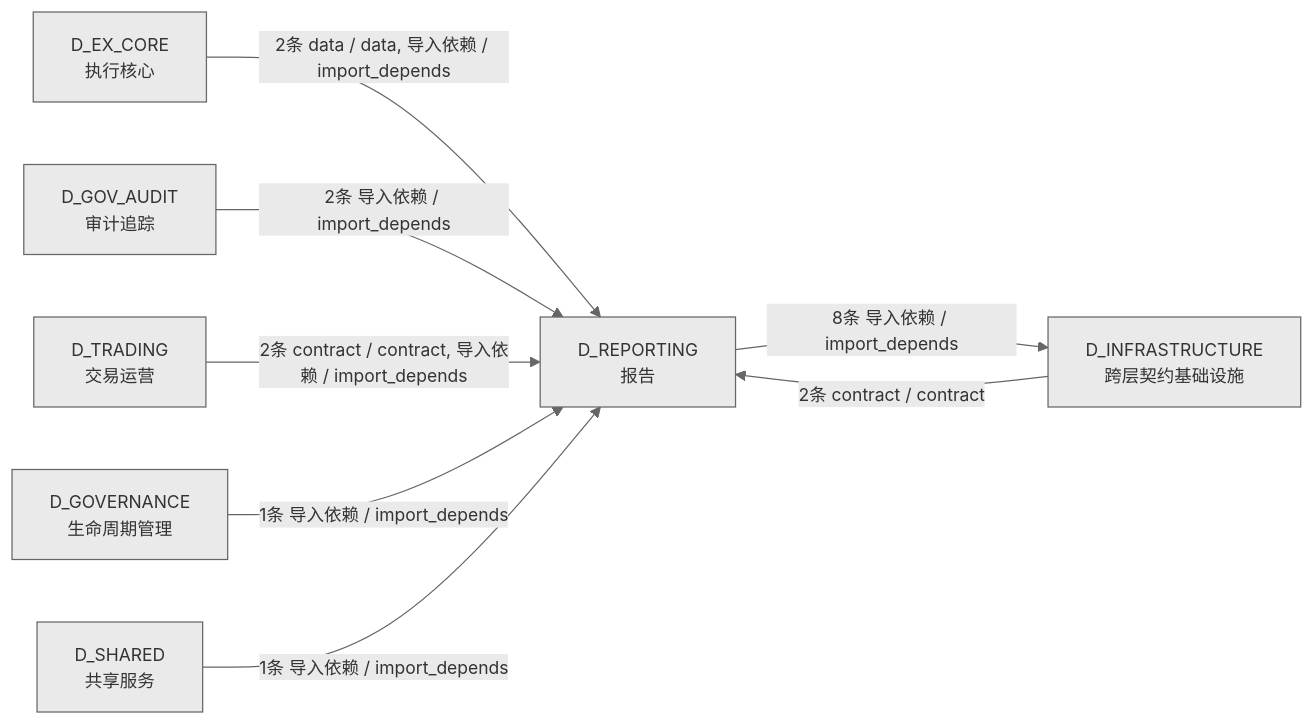
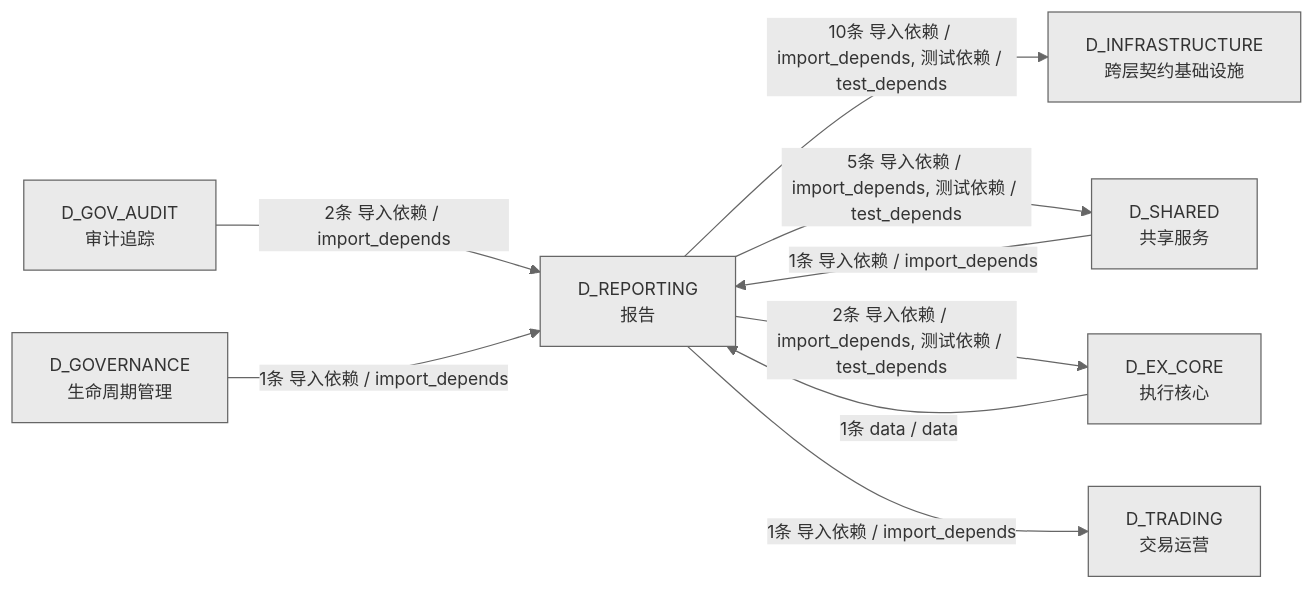
Before and after one commit to xuanFelixVan/ZephyrAlpha: the fourth of 4 diagrams in docs/02_enterprise_architecture/02_domain_architecture_docs/26_d_reporting.md, drawn with Mermaid. The commit also changed other lines of this file and 48 other files, not shown here.

````diff
--- a/docs/02_enterprise_architecture/02_domain_architecture_docs/26_d_reporting.md
+++ b/docs/02_enterprise_architecture/02_domain_architecture_docs/26_d_reporting.md
@@ -210,18 +223,19 @@
 ```mermaid
 %%{init: {'theme': 'base', 'themeVariables': {'primaryColor': '#eaeaea', 'primaryTextColor': '#333333', 'primaryBorderColor': '#666666', 'lineColor': '#666666', 'secondaryColor': '#eaeaea', 'tertiaryColor': '#eaeaea', 'fontSize': '14px'}}}%%
 graph LR
     D_REPORTING["D_REPORTING<br/>报告"]
     D_INFRASTRUCTURE["D_INFRASTRUCTURE<br/>跨层契约基础设施"]
+    D_SHARED["D_SHARED<br/>共享服务"]
     D_EX_CORE["D_EX_CORE<br/>执行核心"]
+    D_TRADING["D_TRADING<br/>交易运营"]
     D_GOV_AUDIT["D_GOV_AUDIT<br/>审计追踪"]
-    D_TRADING["D_TRADING<br/>交易运营"]
     D_GOVERNANCE["D_GOVERNANCE<br/>生命周期管理"]
-    D_SHARED["D_SHARED<br/>共享服务"]
-    D_REPORTING -->|8条 导入依赖 / import_depends| D_INFRASTRUCTURE
-    D_EX_CORE -->|2条 data / data, 导入依赖 / import_depends| D_REPORTING
+    D_REPORTING -->|10条 导入依赖 / import_depends, 测试依赖 / test_depends| D_INFRASTRUCTURE
+    D_REPORTING -->|5条 导入依赖 / import_depends, 测试依赖 / test_depends| D_SHARED
+    D_REPORTING -->|2条 导入依赖 / import_depends, 测试依赖 / test_depends| D_EX_CORE
+    D_REPORTING -->|1条 导入依赖 / import_depends| D_TRADING
     D_GOV_AUDIT -->|2条 导入依赖 / import_depends| D_REPORTING
-    D_INFRASTRUCTURE -->|2条 contract / contract| D_REPORTING
-    D_TRADING -->|2条 contract / contract, 导入依赖 / import_depends| D_REPORTING
+    D_EX_CORE -->|1条 data / data| D_REPORTING
     D_GOVERNANCE -->|1条 导入依赖 / import_depends| D_REPORTING
     D_SHARED -->|1条 导入依赖 / import_depends| D_REPORTING
 ```
````
